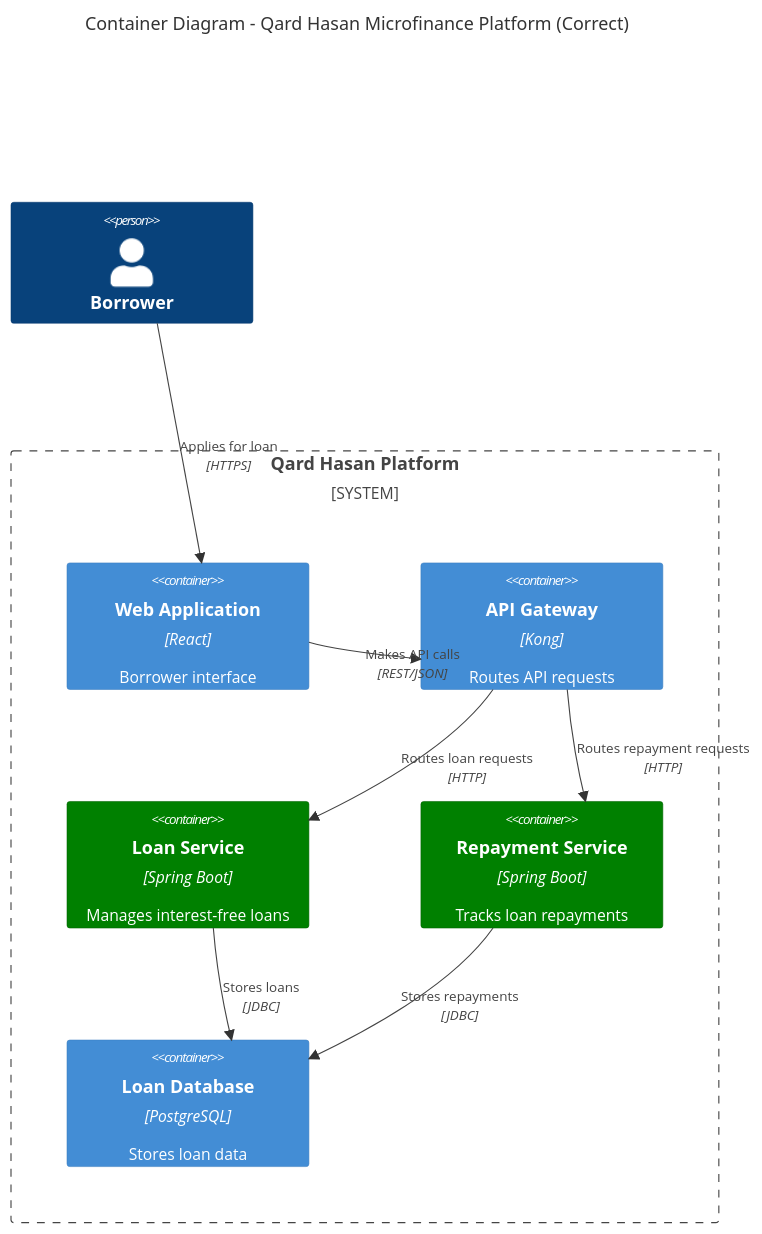
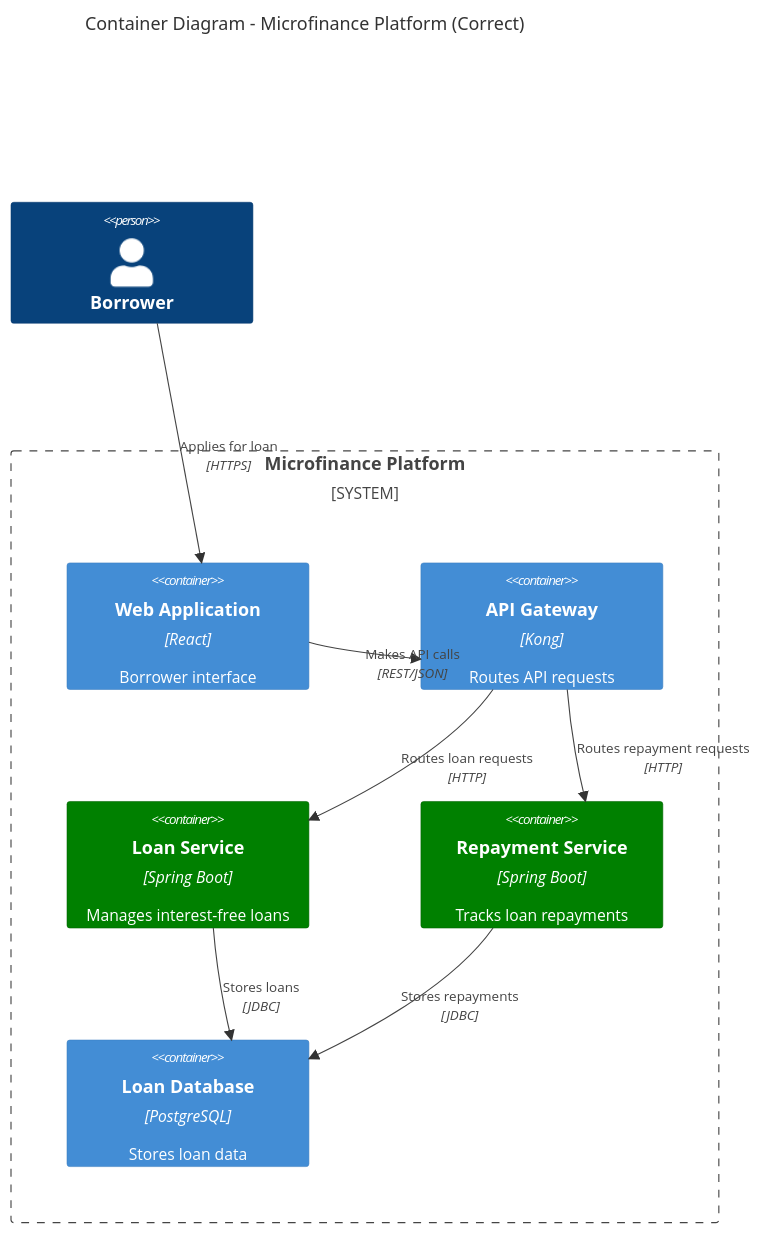
The first of 8 diagrams in docs/explanation/software/architecture/c4-architecture-model/ex-so-ar-c4armo__15-antipatterns.md (wahidyankf/open-sharia-enterprise), drawn with Mermaid before and after one commit. The commit also changed other lines of this file and 94 other files, not shown here.

````diff
--- a/docs/explanation/software/architecture/c4-architecture-model/ex-so-ar-c4armo__15-antipatterns.md
+++ b/docs/explanation/software/architecture/c4-architecture-model/ex-so-ar-c4armo__15-antipatterns.md
@@ -45,24 +45,24 @@
 ```mermaid
 C4Container
-    title Container Diagram - Qard Hasan Microfinance Platform (Correct)
+    title Container Diagram - Microfinance Platform (Correct)
 
     Person(borrower, "Borrower")
 
-    System_Boundary(qard, "Qard Hasan Platform") {
+    System_Boundary(microfinance, "Microfinance Platform") {
         Container(web, "Web Application", "React", "Borrower interface")
         Container(api_gateway, "API Gateway", "Kong", "Routes API requests")
         Container(loan_service, "Loan Service", "Spring Boot", "Manages interest-free loans")
         Container(repayment_service, "Repayment Service", "Spring Boot", "Tracks loan repayments")
         Container(db, "Loan Database", "PostgreSQL", "Stores loan data")
     }
 
     Rel(borrower, web, "Applies for loan", "HTTPS")
     Rel(web, api_gateway, "Makes API calls", "REST/JSON")
     Rel(api_gateway, loan_service, "Routes loan requests", "HTTP")
     Rel(api_gateway, repayment_service, "Routes repayment requests", "HTTP")
     Rel(loan_service, db, "Stores loans", "JDBC")
     Rel(repayment_service, db, "Stores repayments", "JDBC")
 
     UpdateElementStyle(loan_service, $fontColor="white", $bgColor="green", $borderColor="darkgreen")
     UpdateElementStyle(repayment_service, $fontColor="white", $bgColor="green", $borderColor="darkgreen")
 ```
````
